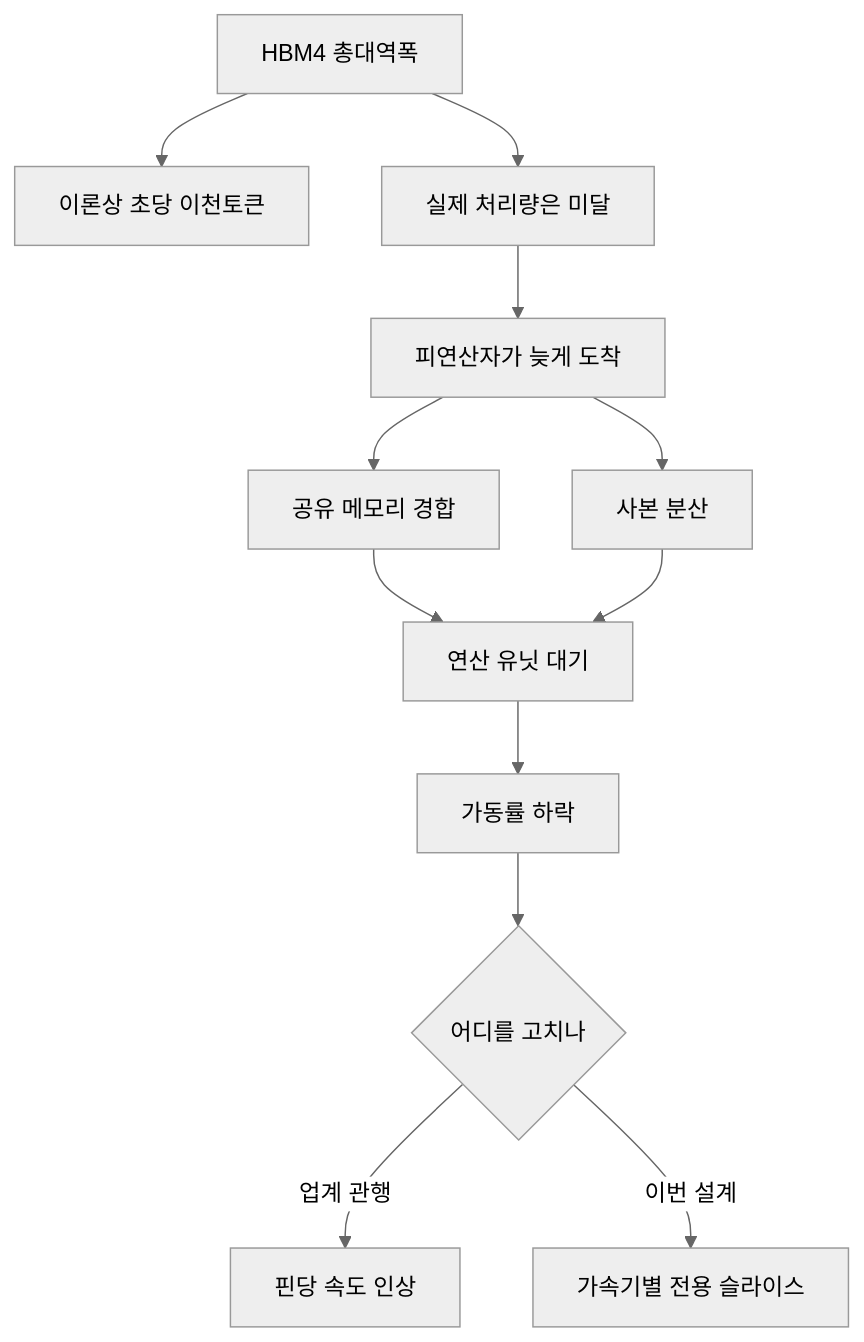
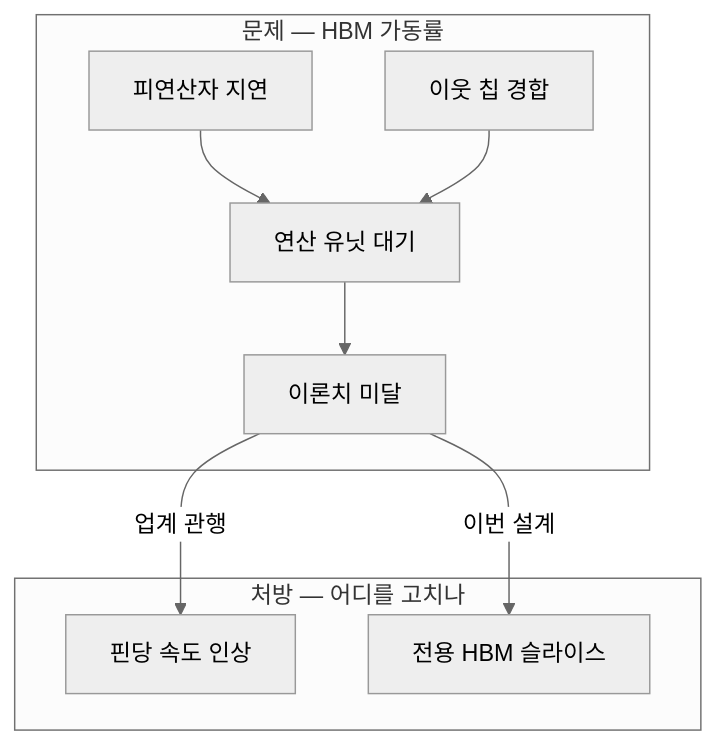
Before and after one commit to yohan4477/semi-report: the seventh of 7 diagrams in insights/frames/exp/2026-08-27-openai-jalapeno-strategy-opus.md, drawn with Mermaid (neutral theme). The commit also changed other lines of this file and 1 other file, not shown here.

````diff
--- a/insights/frames/exp/2026-08-27-openai-jalapeno-strategy-opus.md
+++ b/insights/frames/exp/2026-08-27-openai-jalapeno-strategy-opus.md
@@ -290,14 +267,14 @@
 ```mermaid
 flowchart TD
-    A["HBM4 총대역폭"] --> B["이론상 초당 이천토큰"]
-    A --> C["실제 처리량은 미달"]
-    C --> D["피연산자가 늦게 도착"]
-    D --> E["공유 메모리 경합"]
-    D --> F["사본 분산"]
-    E --> G["연산 유닛 대기"]
-    F --> G
-    G --> H["가동률 하락"]
-    H --> I{"어디를 고치나"}
-    I -->|업계 관행| J["핀당 속도 인상"]
-    I -->|이번 설계| K["가속기별 전용 슬라이스"]
+    subgraph P["문제 — HBM 가동률"]
+        P1["피연산자 지연"] --> P3["연산 유닛 대기"]
+        P2["이웃 칩 경합"] --> P3
+        P3 --> P4["이론치 미달"]
+    end
+    subgraph S["처방 — 어디를 고치나"]
+        S1["핀당 속도 인상"]
+        S2["전용 HBM 슬라이스"]
+    end
+    P4 -->|업계 관행| S1
+    P4 -->|이번 설계| S2
 ```
````
